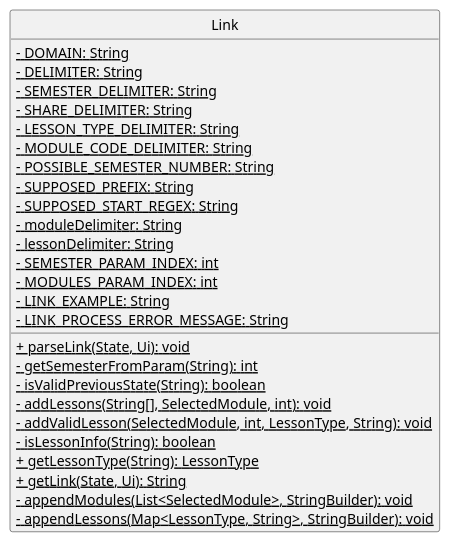
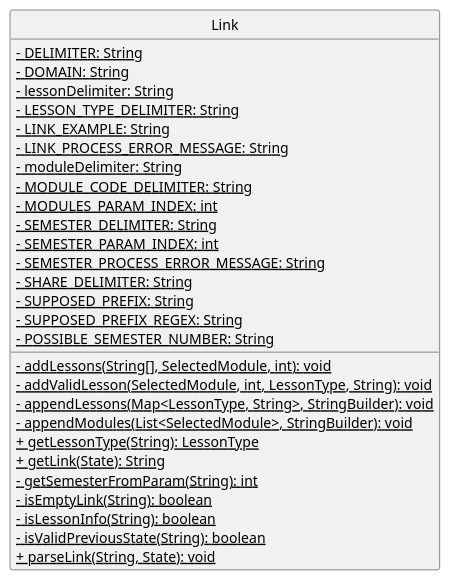
The diagram in docs/UMLdiagrams/linkClass.puml (nus-cs2113-AY2223S1/tp), drawn with PlantUML before and after one commit. The commit also changed 4 other files, not shown here.

Commit message:
Order class diagram alphabetically

```diff
--- a/docs/UMLdiagrams/linkClass.puml
+++ b/docs/UMLdiagrams/linkClass.puml
@@ -1,34 +1,36 @@
 @startuml
 'https://plantuml.com/sequence-diagram
 hide circle
 skinparam classAttributeIconSize 0
 
 class Link {
+    <u>- DELIMITER: String
     <u>- DOMAIN: String
-    <u>- DELIMITER: String
-    <u>- SEMESTER_DELIMITER: String
-    <u>- SHARE_DELIMITER: String
+    <u>- lessonDelimiter: String
     <u>- LESSON_TYPE_DELIMITER: String
-    <u>- MODULE_CODE_DELIMITER: String
-    <u>- POSSIBLE_SEMESTER_NUMBER: String
-    <u>- SUPPOSED_PREFIX: String
-    <u>- SUPPOSED_START_REGEX: String
-    <u>- moduleDelimiter: String
-    <u>- lessonDelimiter: String
-    <u>- SEMESTER_PARAM_INDEX: int
-    <u>- MODULES_PARAM_INDEX: int
     <u>- LINK_EXAMPLE: String
     <u>- LINK_PROCESS_ERROR_MESSAGE: String
+    <u>- moduleDelimiter: String
+    <u>- MODULE_CODE_DELIMITER: String
+    <u>- MODULES_PARAM_INDEX: int
+    <u>- SEMESTER_DELIMITER: String
+    <u>- SEMESTER_PARAM_INDEX: int
+    <u>- SEMESTER_PROCESS_ERROR_MESSAGE: String
+    <u>- SHARE_DELIMITER: String
+    <u>- SUPPOSED_PREFIX: String
+    <u>- SUPPOSED_PREFIX_REGEX: String
+    <u>- POSSIBLE_SEMESTER_NUMBER: String
 
-    <u>+ parseLink(State, Ui): void
-    <u>- getSemesterFromParam(String): int
-    <u>- isValidPreviousState(String): boolean
     <u>- addLessons(String[], SelectedModule, int): void
     <u>- addValidLesson(SelectedModule, int, LessonType, String): void
+    <u>- appendLessons(Map<LessonType, String>, StringBuilder): void
+    <u>- appendModules(List<SelectedModule>, StringBuilder): void
+    <u>+ getLessonType(String): LessonType
+    <u>+ getLink(State): String
+    <u>- getSemesterFromParam(String): int
+    <u>- isEmptyLink(String): boolean
     <u>- isLessonInfo(String): boolean
-    <u>+ getLessonType(String): LessonType
-    <u>+ getLink(State, Ui): String
-    <u>- appendModules(List<SelectedModule>, StringBuilder): void
-    <u>- appendLessons(Map<LessonType, String>, StringBuilder): void
+    <u>- isValidPreviousState(String): boolean
+    <u>+ parseLink(String, State): void
 }
 @enduml
```
